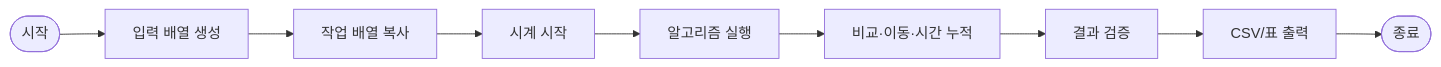
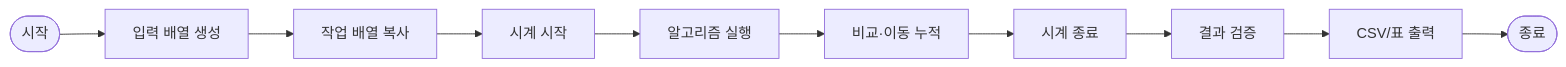
Before and after one commit to 2026193116/Compare-Sorting: the second of 3 diagrams in report/REPORT.md, drawn with Mermaid. The commit also changed other lines of this file, not shown here.

````diff
--- a/report/REPORT.md
+++ b/report/REPORT.md
@@ -151,11 +130,12 @@
 ```mermaid
 flowchart LR
     Start([시작]) --> Gen[입력 배열 생성]
     Gen --> Copy[작업 배열 복사]
     Copy --> Timer[시계 시작]
     Timer --> Sort[알고리즘 실행]
-    Sort --> Stats[비교·이동·시간 누적]
-    Stats --> Verify[결과 검증]
+    Sort --> Stats[비교·이동 누적]
+    Stats --> Timer2[시계 종료]
+    Timer2 --> Verify[결과 검증]
     Verify --> Save[CSV/표 출력]
     Save --> End([종료])
 ```
````
